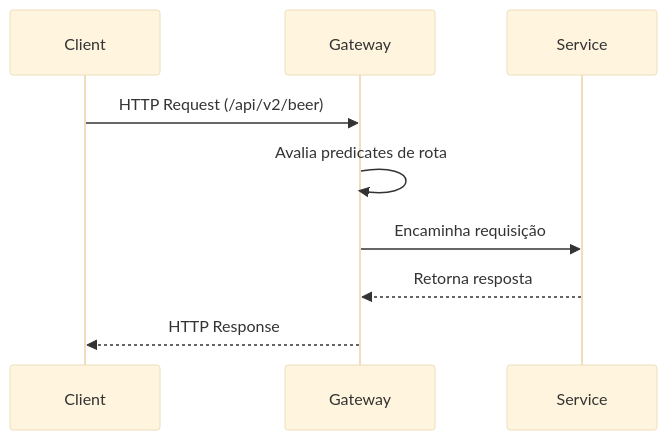
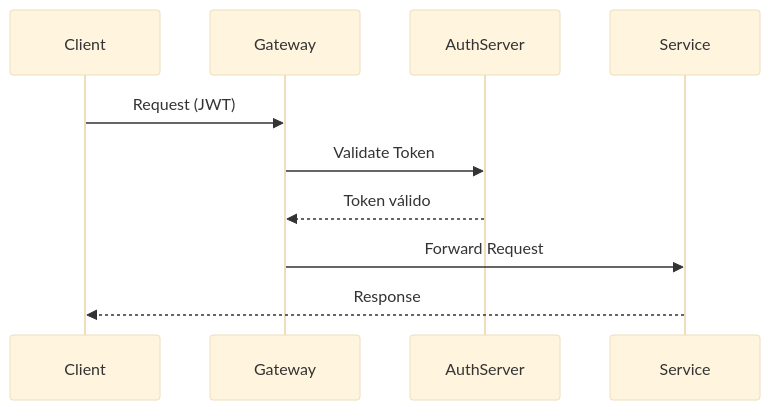
One commit to JuhMaran/spring-boot-4-spring-framewor-7 changed the first of 2 diagrams in spring-7-gateway/README.md. Above: the diagram before and after it, drawn with Mermaid (base theme). The commit also changed other lines of this file, not shown here.

Commit message:
doc: atualiza readme do gateway

````diff
--- a/spring-7-gateway/README.md
+++ b/spring-7-gateway/README.md
@@ -29,11 +110,12 @@
 ```mermaid
 sequenceDiagram
     participant Client
     participant Gateway
+    participant AuthServer
     participant Service
-    Client ->> Gateway: HTTP Request (/api/v2/beer)
-    Gateway ->> Gateway: Avalia predicates de rota
-    Gateway ->> Service: Encaminha requisição
-    Service -->> Gateway: Retorna resposta
-    Gateway -->> Client: HTTP Response
+    Client ->> Gateway: Request (JWT)
+    Gateway ->> AuthServer: Validate Token
+    AuthServer -->> Gateway: Token válido
+    Gateway ->> Service: Forward Request
+    Service -->> Client: Response
 ```
````
